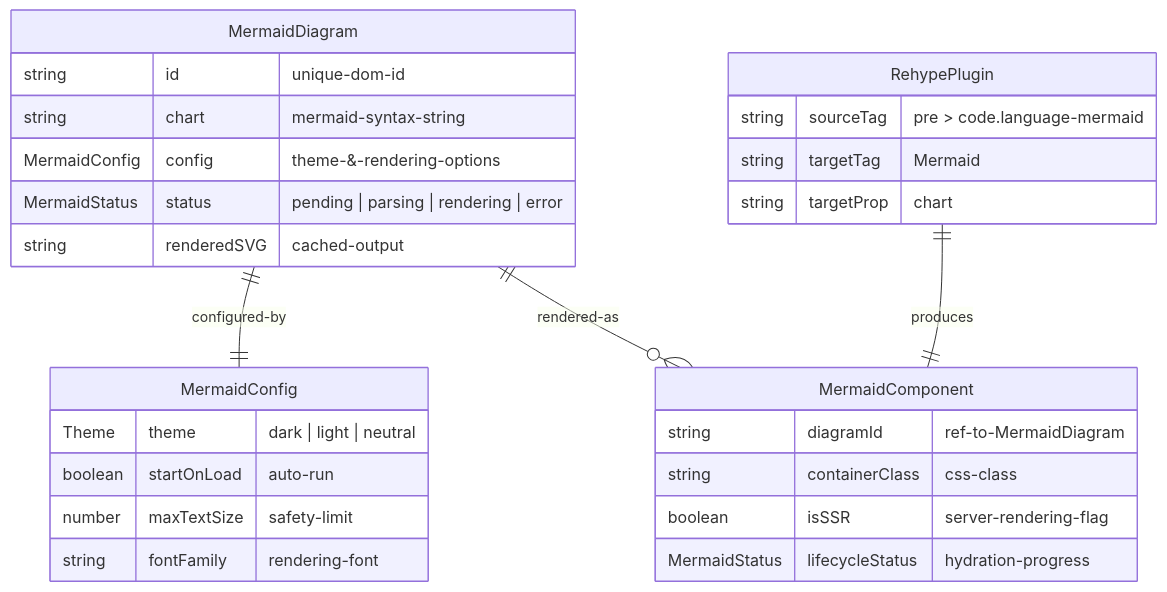
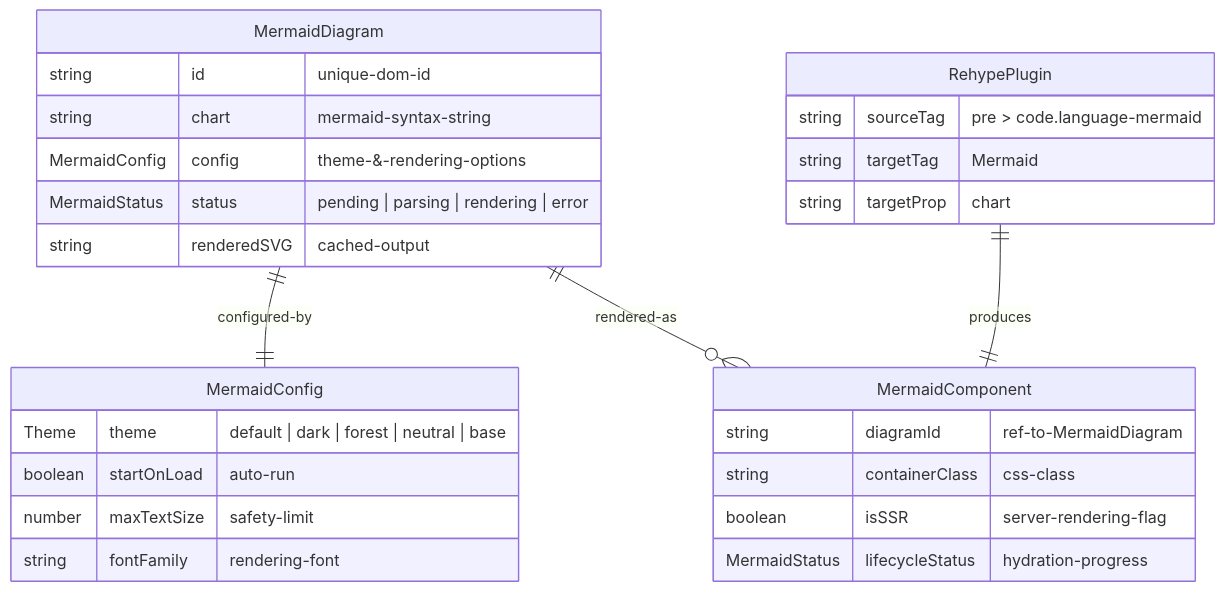
The first of 3 diagrams in packages/mdx-content/mermaid/mermaid-mdx-integration-tech-design.md (DocuBook/docubook), drawn with Mermaid before and after one commit. The commit also changed other lines of this file and 2 other files, not shown here.

First line of the commit message:
docs(mdx-content): address remaining review feedback on mermaid-mdx docs

````diff
--- a/packages/mdx-content/mermaid/mermaid-mdx-integration-tech-design.md
+++ b/packages/mdx-content/mermaid/mermaid-mdx-integration-tech-design.md
@@ -76,34 +76,34 @@
 ```mermaid
 erDiagram
     MermaidDiagram {
         string id "unique-dom-id"
         string chart "mermaid-syntax-string"
         MermaidConfig config "theme-&-rendering-options"
         MermaidStatus status "pending | parsing | rendering | error"
         string renderedSVG "cached-output"
     }
 
     MermaidConfig {
-        Theme theme "dark | light | neutral"
+        Theme theme "default | dark | forest | neutral | base"
         boolean startOnLoad "auto-run"
         number maxTextSize "safety-limit"
         string fontFamily "rendering-font"
     }
 
     MermaidComponent {
         string diagramId "ref-to-MermaidDiagram"
         string containerClass "css-class"
         boolean isSSR "server-rendering-flag"
         MermaidStatus lifecycleStatus "hydration-progress"
     }
 
     RehypePlugin {
         string sourceTag "pre > code.language-mermaid"
         string targetTag "Mermaid"
         string targetProp "chart"
     }
 
     MermaidDiagram ||--|| MermaidConfig : "configured-by"
     MermaidDiagram ||--o{ MermaidComponent : "rendered-as"
     RehypePlugin ||--|| MermaidComponent : "produces"
 ```
````
